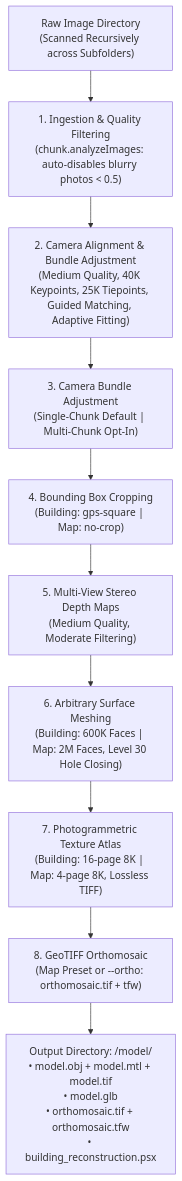
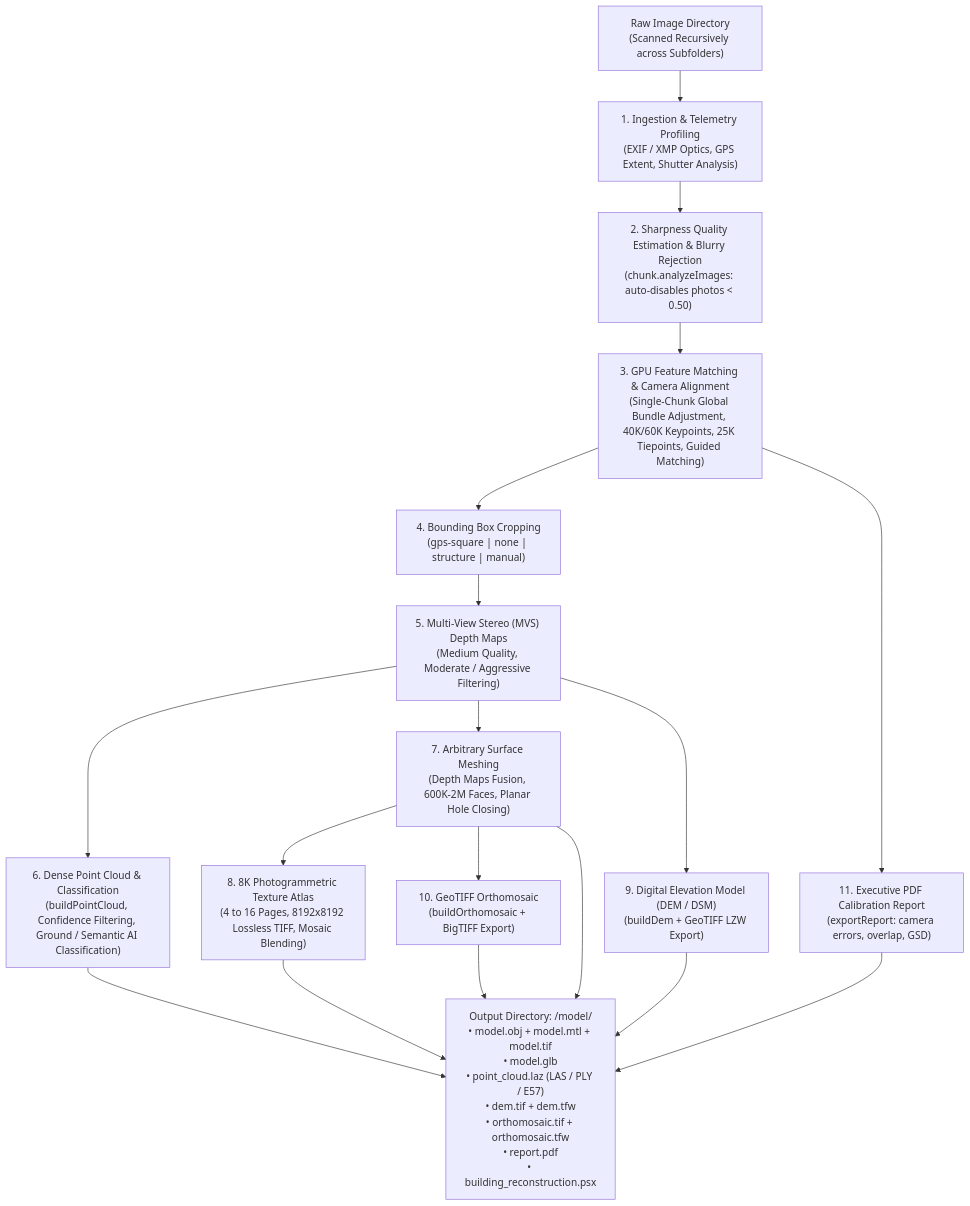
One commit to ngviettam82/AutoMetashape changed the diagram in README.md. Above: the diagram before and after it, drawn with Mermaid. The commit also changed other lines of this file and 7 other files, not shown here.

First line of the commit message:
feat: Add autonomous survey parameter inference, dense point cloud, DEM, and PDF reporting

````diff
--- a/README.md
+++ b/README.md
@@ -125,12 +140,20 @@
 ```mermaid
 flowchart TD
-    A["Raw Image Directory<br/>(Scanned Recursively across Subfolders)"] --> B["1. Ingestion & Quality Filtering<br/>(chunk.analyzeImages: auto-disables blurry photos < 0.5)"]
-    B --> C["2. Camera Alignment & Bundle Adjustment<br/>(Medium Quality, 40K Keypoints, 25K Tiepoints, Guided Matching, Adaptive Fitting)"]
-    C --> D["3. Camera Bundle Adjustment<br/>(Single-Chunk Default | Multi-Chunk Opt-In)"]
-    D --> E["4. Bounding Box Cropping<br/>(Building: gps-square | Map: no-crop)"]
-    E --> F["5. Multi-View Stereo Depth Maps<br/>(Medium Quality, Moderate Filtering)"]
-    F --> G["6. Arbitrary Surface Meshing<br/>(Building: 600K Faces | Map: 2M Faces, Level 30 Hole Closing)"]
-    G --> H["7. Photogrammetric Texture Atlas<br/>(Building: 16-page 8K | Map: 4-page 8K, Lossless TIFF)"]
-    H --> I["8. GeoTIFF Orthomosaic<br/>(Map Preset or --ortho: orthomosaic.tif + tfw)"]
-    I --> J["Output Directory: <images_dir>/model/<br/>• model.obj + model.mtl + model.tif<br/>• model.glb<br/>• orthomosaic.tif + orthomosaic.tfw<br/>• building_reconstruction.psx"]
+    A["Raw Image Directory<br/>(Scanned Recursively across Subfolders)"] --> B["1. Ingestion & Telemetry Profiling<br/>(EXIF / XMP Optics, GPS Extent, Shutter Analysis)"]
+    B --> C["2. Sharpness Quality Estimation & Blurry Rejection<br/>(chunk.analyzeImages: auto-disables photos < 0.50)"]
+    C --> D["3. GPU Feature Matching & Camera Alignment<br/>(Single-Chunk Global Bundle Adjustment, 40K/60K Keypoints, 25K Tiepoints, Guided Matching)"]
+    D --> E["4. Bounding Box Cropping<br/>(gps-square | none | structure | manual)"]
+    E --> F["5. Multi-View Stereo (MVS) Depth Maps<br/>(Medium Quality, Moderate / Aggressive Filtering)"]
+    F --> G["6. Dense Point Cloud & Classification<br/>(buildPointCloud, Confidence Filtering, Ground / Semantic AI Classification)"]
+    F --> H["7. Arbitrary Surface Meshing<br/>(Depth Maps Fusion, 600K-2M Faces, Planar Hole Closing)"]
+    H --> I["8. 8K Photogrammetric Texture Atlas<br/>(4 to 16 Pages, 8192x8192 Lossless TIFF, Mosaic Blending)"]
+    F --> J["9. Digital Elevation Model (DEM / DSM)<br/>(buildDem + GeoTIFF LZW Export)"]
+    H --> K["10. GeoTIFF Orthomosaic<br/>(buildOrthomosaic + BigTIFF Export)"]
+    D --> L["11. Executive PDF Calibration Report<br/>(exportReport: camera errors, overlap, GSD)"]
+    G --> M["Output Directory: <images_dir>/model/<br/>• model.obj + model.mtl + model.tif<br/>• model.glb<br/>• point_cloud.laz (LAS / PLY / E57)<br/>• dem.tif + dem.tfw<br/>• orthomosaic.tif + orthomosaic.tfw<br/>• report.pdf<br/>• building_reconstruction.psx"]
+    H --> M
+    I --> M
+    J --> M
+    K --> M
+    L --> M
 ```
````
